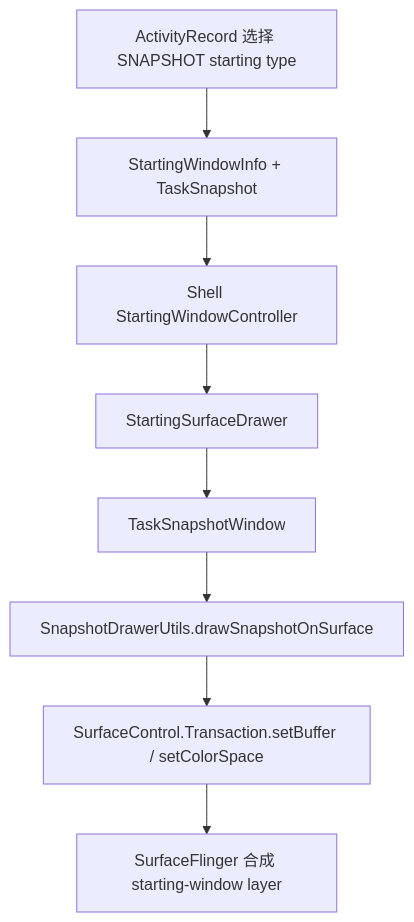
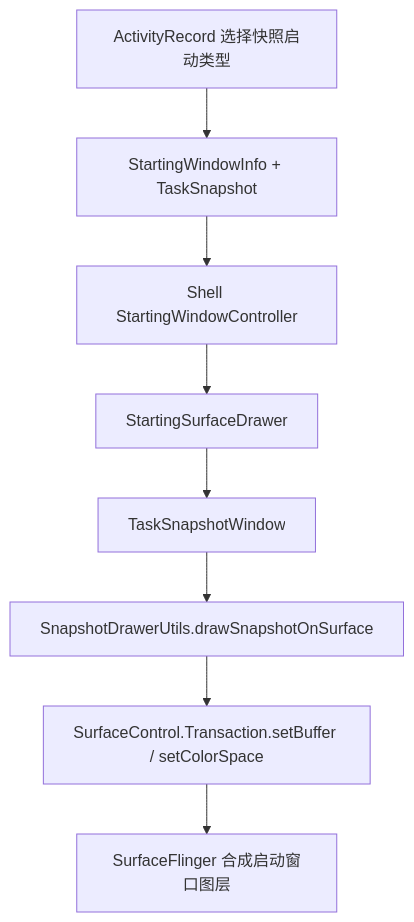
The second of 2 diagrams in src/part1-fundamentals/ch02-rendering/29-tasksnapshot-recents-rendering.md (Gracker/android-internals-wiki), drawn with Mermaid before and after one commit. The commit also changed other lines of this file and 4 other files, not shown here.

````diff
--- a/src/part1-fundamentals/ch02-rendering/29-tasksnapshot-recents-rendering.md
+++ b/src/part1-fundamentals/ch02-rendering/29-tasksnapshot-recents-rendering.md
@@ -358,10 +358,10 @@
 ```mermaid
 flowchart TD
-    A["ActivityRecord 选择 SNAPSHOT starting type"] --> B["StartingWindowInfo + TaskSnapshot"]
+    A["ActivityRecord 选择快照启动类型"] --> B["StartingWindowInfo + TaskSnapshot"]
     B --> C["Shell StartingWindowController"]
     C --> D["StartingSurfaceDrawer"]
     D --> E["TaskSnapshotWindow"]
     E --> F["SnapshotDrawerUtils.drawSnapshotOnSurface"]
     F --> G["SurfaceControl.Transaction.setBuffer / setColorSpace"]
-    G --> H["SurfaceFlinger 合成 starting-window layer"]
+    G --> H["SurfaceFlinger 合成启动窗口图层"]
 ```
````
